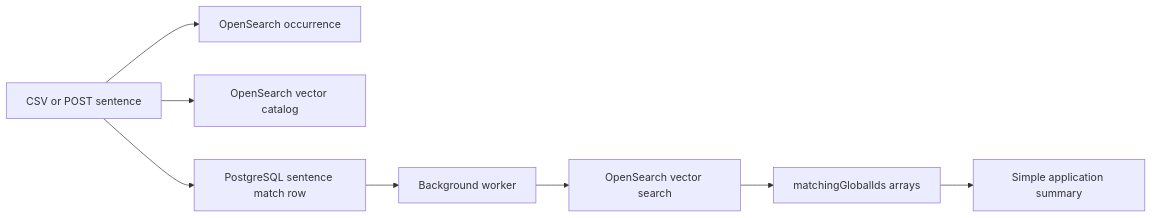
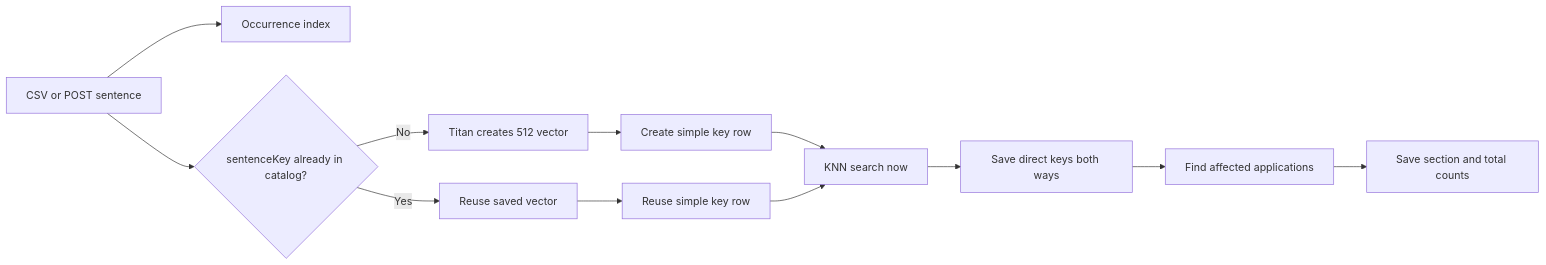
One commit to anishniroula1/elasticsearch changed the diagram in sentence-semantic-search/README.md. Above: the diagram before and after it, drawn with Mermaid. The commit also changed other lines of this file and 29 other files, not shown here.

````diff
--- a/sentence-semantic-search/README.md
+++ b/sentence-semantic-search/README.md
@@ -15,10 +108,14 @@
 ```mermaid
 flowchart LR
-    A[CSV or POST sentence] --> B[OpenSearch occurrence]
-    A --> C[OpenSearch vector catalog]
-    A --> D[PostgreSQL sentence match row]
-    D --> E[Background worker]
-    E --> F[OpenSearch vector search]
-    F --> G[matchingGlobalIds arrays]
-    G --> H[Simple application summary]
+    A[CSV or POST sentence] --> B[Occurrence index]
+    A --> C{sentenceKey already in catalog?}
+    C -->|No| D[Titan creates 512 vector]
+    C -->|Yes| E[Reuse saved vector]
+    D --> F[Create simple key row]
+    E --> G[Reuse simple key row]
+    F --> H[KNN search now]
+    G --> H
+    H --> I[Save direct keys both ways]
+    I --> J[Find affected applications]
+    J --> K[Save section and total counts]
 ```
````
